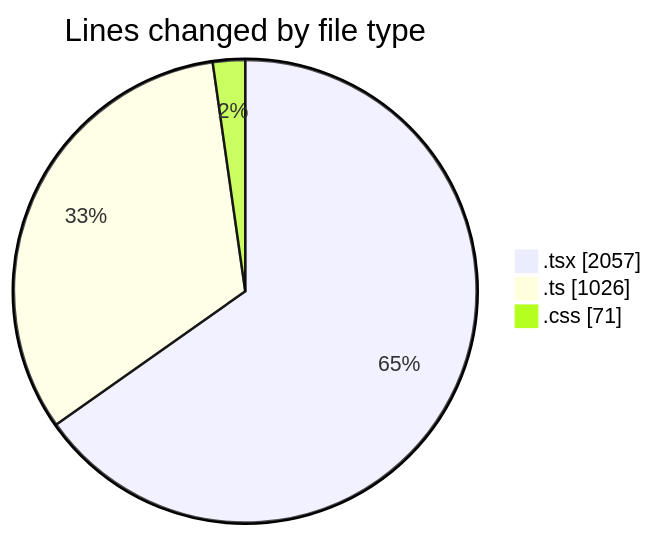
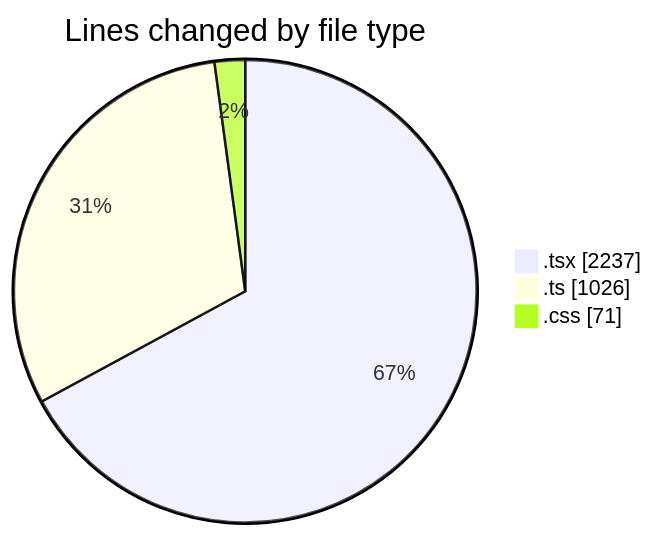
Before and after one commit to robertbonfada/code-tracking: the first of 2 diagrams in 2025-01-27/mbc-web/README.md, drawn with Mermaid. The commit also changed other lines of this file and 1 other file, not shown here.

````diff
--- a/2025-01-27/mbc-web/README.md
+++ b/2025-01-27/mbc-web/README.md
@@ -29,7 +30,7 @@
 ```mermaid
 pie showData
 title Lines changed by file type
-".tsx" : 2057
+".tsx" : 2237
 ".ts" : 1026
 ".css" : 71
 ```
````
